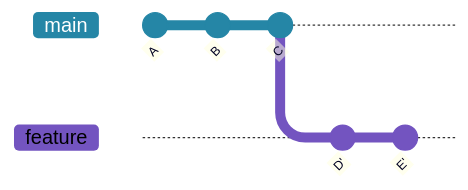
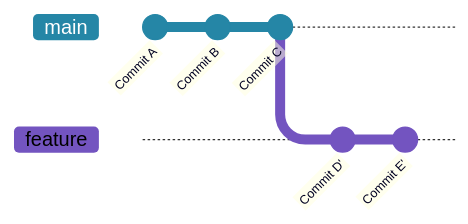
The fourth of 4 diagrams in docs/getting_started/essential_git.md (ACCESS-NRI/ACCESS-Hive-Docs), drawn with Mermaid before and after one commit. The commit also changed other lines of this file and 1 other file, not shown here.

````diff
--- a/docs/getting_started/essential_git.md
+++ b/docs/getting_started/essential_git.md
@@ -259,10 +259,10 @@
 ```mermaid
 %%{init: {"themeVariables": {"git0": "#2586A6", "git1": "#7354C0"}}}%%
 gitGraph
-    commit id: "A"
-    commit id: "B"
-    commit id: "C"
+    commit id: "Commit A"
+    commit id: "Commit B"
+    commit id: "Commit C"
     branch feature
-    commit id: "D'"
-    commit id: "E'"
+    commit id: "Commit D'"
+    commit id: "Commit E'"
 ```
````
